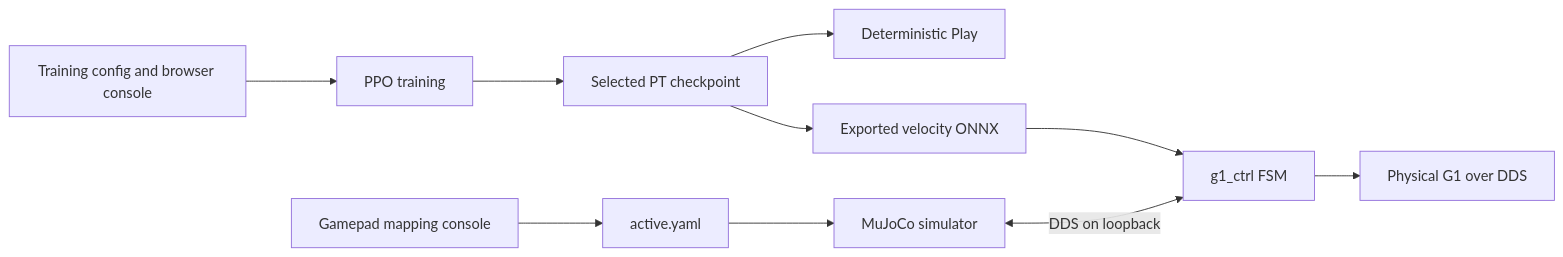
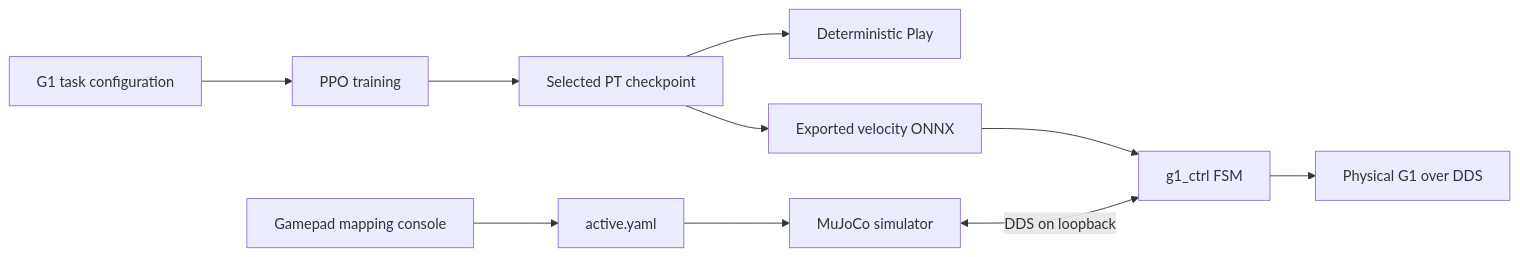
Before and after one commit to Jme1789/g1_commanded_locomotion_mjlab: the diagram in README.md, drawn with Mermaid. The commit also changed other lines of this file and 14 other files, not shown here.

````diff
--- a/README.md
+++ b/README.md
@@ -35,12 +35,12 @@
 ```mermaid
 flowchart LR
-  CFG[Training config and browser console] --> TRAIN[PPO training]
+  CFG[G1 task configuration] --> TRAIN[PPO training]
   TRAIN --> PT[Selected PT checkpoint]
   PT --> PLAY[Deterministic Play]
   PT --> ONNX[Exported velocity ONNX]
   PAD[Gamepad mapping console] --> PROFILE[active.yaml]
   PROFILE --> SIM[MuJoCo simulator]
   ONNX --> CTRL[g1_ctrl FSM]
   SIM <-->|DDS on loopback| CTRL
   CTRL --> ROBOT[Physical G1 over DDS]
 ```
````
